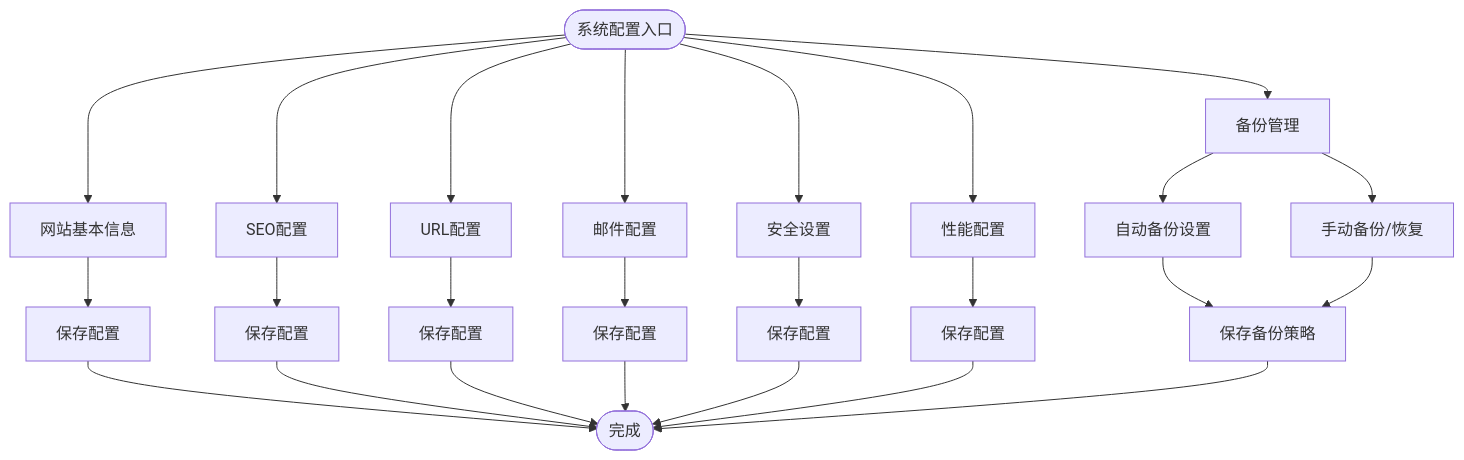
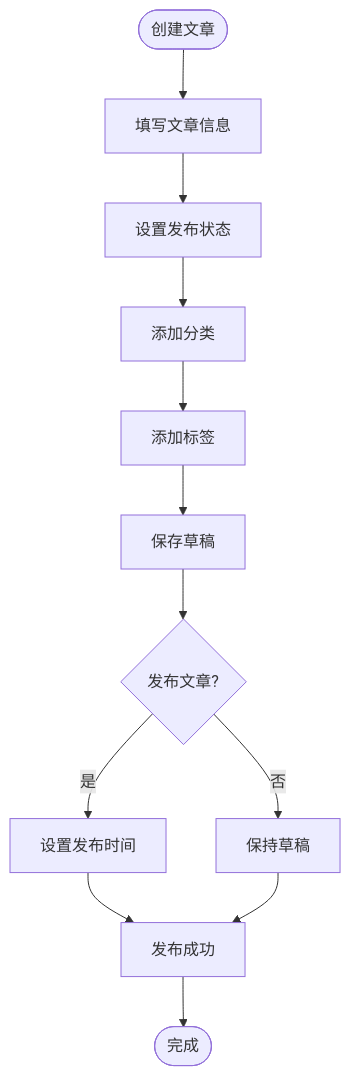
One commit to wyg5208/website_diy changed the fifth of 15 diagrams in .qoder/repowiki/zh/content/后台管理系统/后台管理系统.md. Above: the diagram before and after it, drawn with Mermaid. The commit also changed other lines of this file and 43 other files, not shown here.

````diff
--- a/.qoder/repowiki/zh/content/后台管理系统/后台管理系统.md
+++ b/.qoder/repowiki/zh/content/后台管理系统/后台管理系统.md
@@ -210,27 +228,14 @@
 ```mermaid
 flowchart TD
-Start(["系统配置入口"]) --> Basic["网站基本信息"]
-Start --> SEO["SEO配置"]
-Start --> URL["URL配置"]
-Start --> Mail["邮件配置"]
-Start --> Security["安全设置"]
-Start --> Perf["性能配置"]
-Start --> Backup["备份管理"]
-Basic --> SaveBasic["保存配置"]
-SEO --> SaveSEO["保存配置"]
-URL --> SaveURL["保存配置"]
-Mail --> SaveMail["保存配置"]
-Security --> SaveSecurity["保存配置"]
-Perf --> SavePerf["保存配置"]
-Backup --> AutoBackup["自动备份设置"]
-Backup --> ManualBackup["手动备份/恢复"]
-AutoBackup --> SaveBackup["保存备份策略"]
-ManualBackup --> SaveBackup
-SaveBasic --> End(["完成"])
-SaveSEO --> End
-SaveURL --> End
-SaveMail --> End
-SaveSecurity --> End
-SavePerf --> End
-SaveBackup --> End
+Create(["创建文章"]) --> FillInfo["填写文章信息"]
+FillInfo --> SetStatus["设置发布状态"]
+SetStatus --> AddCategories["添加分类"]
+AddCategories --> AddTags["添加标签"]
+AddTags --> Save["保存草稿"]
+Save --> Publish{"发布文章?"}
+Publish --> |是| SetPublished["设置发布时间"]
+Publish --> |否| Draft["保持草稿"]
+SetPublished --> Success["发布成功"]
+Draft --> Success
+Success --> End(["完成"])
 ```
````
